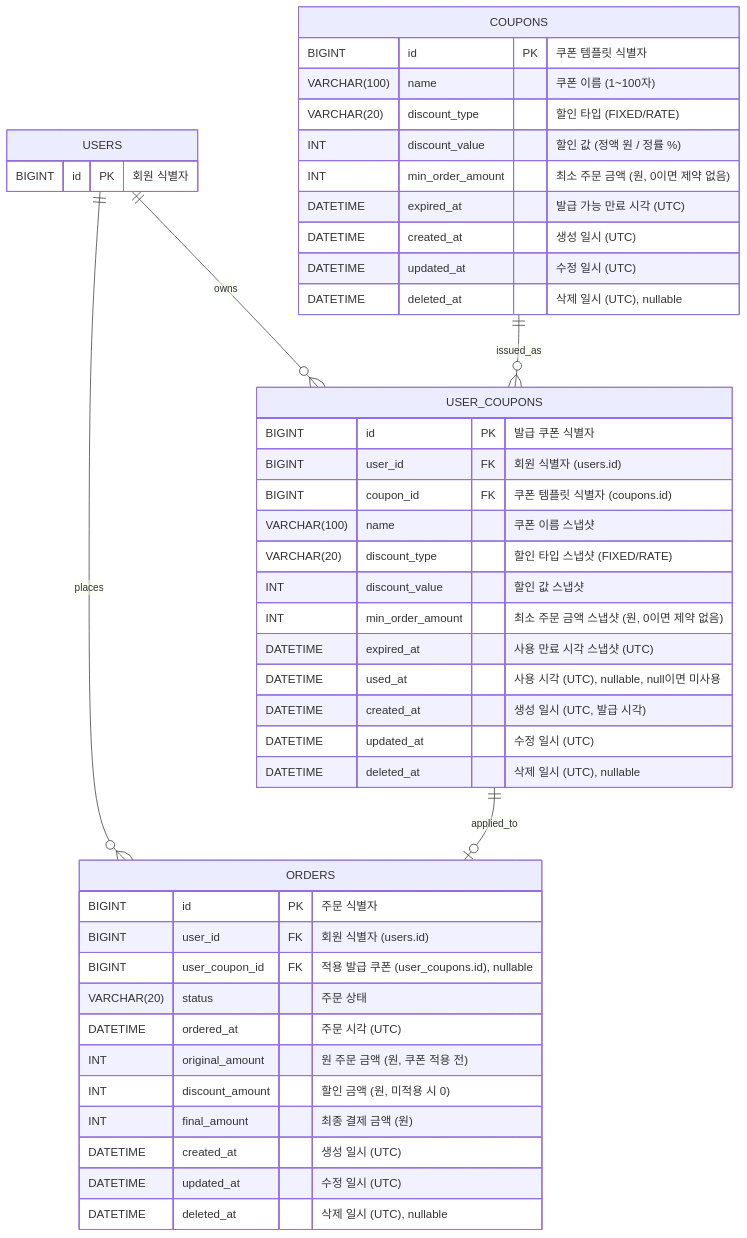
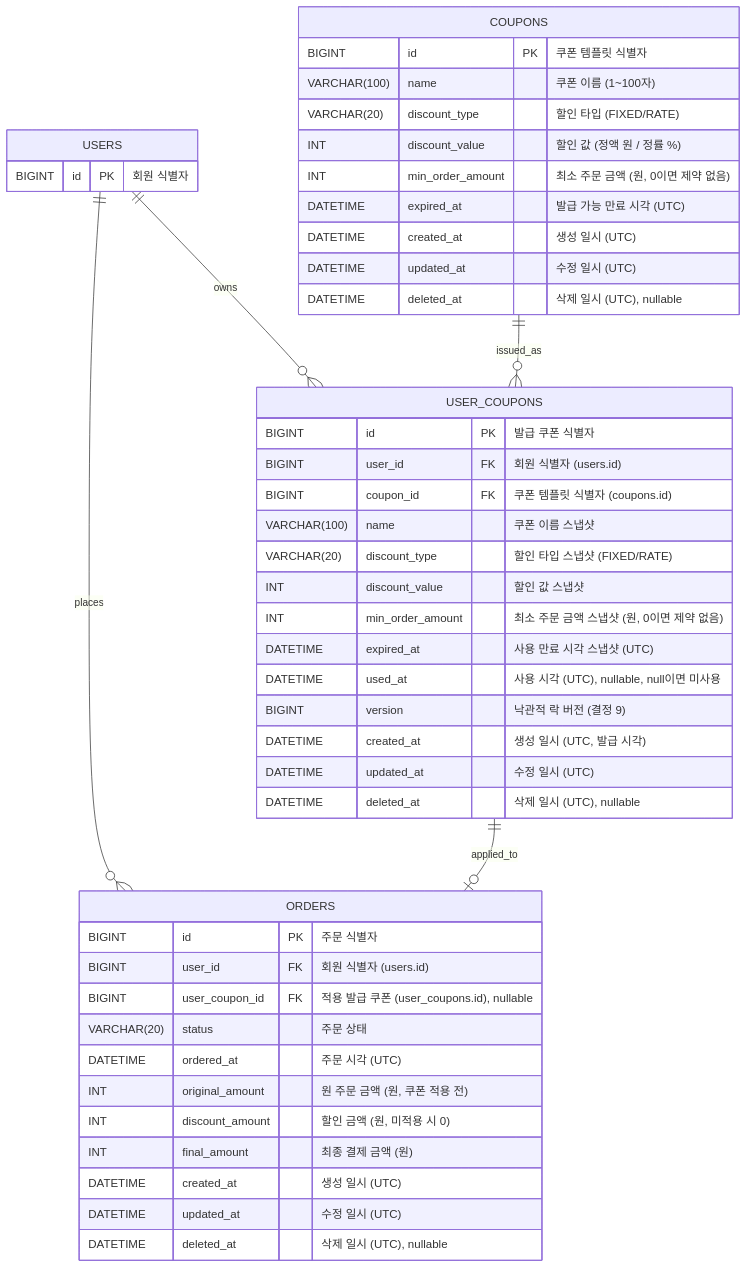
Before and after one commit to loopers-labs/loop-pack-be-l2-vol4-java: the diagram in docs/volume-4/04-erd.md, drawn with Mermaid. The commit also changed other lines of this file and 10 other files, not shown here.

````diff
--- a/docs/volume-4/04-erd.md
+++ b/docs/volume-4/04-erd.md
@@ -16,49 +16,50 @@
 ```mermaid
 erDiagram
     USERS {
         BIGINT id PK "회원 식별자"
     }
     ORDERS {
         BIGINT id PK "주문 식별자"
         BIGINT user_id FK "회원 식별자 (users.id)"
         BIGINT user_coupon_id FK "적용 발급 쿠폰 (user_coupons.id), nullable"
         VARCHAR(20) status "주문 상태"
         DATETIME ordered_at "주문 시각 (UTC)"
         INT original_amount "원 주문 금액 (원, 쿠폰 적용 전)"
         INT discount_amount "할인 금액 (원, 미적용 시 0)"
         INT final_amount "최종 결제 금액 (원)"
         DATETIME created_at "생성 일시 (UTC)"
         DATETIME updated_at "수정 일시 (UTC)"
         DATETIME deleted_at "삭제 일시 (UTC), nullable"
     }
     COUPONS {
         BIGINT id PK "쿠폰 템플릿 식별자"
         VARCHAR(100) name "쿠폰 이름 (1~100자)"
         VARCHAR(20) discount_type "할인 타입 (FIXED/RATE)"
         INT discount_value "할인 값 (정액 원 / 정률 %)"
         INT min_order_amount "최소 주문 금액 (원, 0이면 제약 없음)"
         DATETIME expired_at "발급 가능 만료 시각 (UTC)"
         DATETIME created_at "생성 일시 (UTC)"
         DATETIME updated_at "수정 일시 (UTC)"
         DATETIME deleted_at "삭제 일시 (UTC), nullable"
     }
     USER_COUPONS {
         BIGINT id PK "발급 쿠폰 식별자"
         BIGINT user_id FK "회원 식별자 (users.id)"
         BIGINT coupon_id FK "쿠폰 템플릿 식별자 (coupons.id)"
         VARCHAR(100) name "쿠폰 이름 스냅샷"
         VARCHAR(20) discount_type "할인 타입 스냅샷 (FIXED/RATE)"
         INT discount_value "할인 값 스냅샷"
         INT min_order_amount "최소 주문 금액 스냅샷 (원, 0이면 제약 없음)"
         DATETIME expired_at "사용 만료 시각 스냅샷 (UTC)"
         DATETIME used_at "사용 시각 (UTC), nullable, null이면 미사용"
+        BIGINT version "낙관적 락 버전 (결정 9)"
         DATETIME created_at "생성 일시 (UTC, 발급 시각)"
         DATETIME updated_at "수정 일시 (UTC)"
         DATETIME deleted_at "삭제 일시 (UTC), nullable"
     }
 
     USERS        ||--o{ ORDERS       : places
     USERS        ||--o{ USER_COUPONS : owns
     COUPONS      ||--o{ USER_COUPONS : issued_as
     USER_COUPONS ||--o| ORDERS       : applied_to
 ```
````
